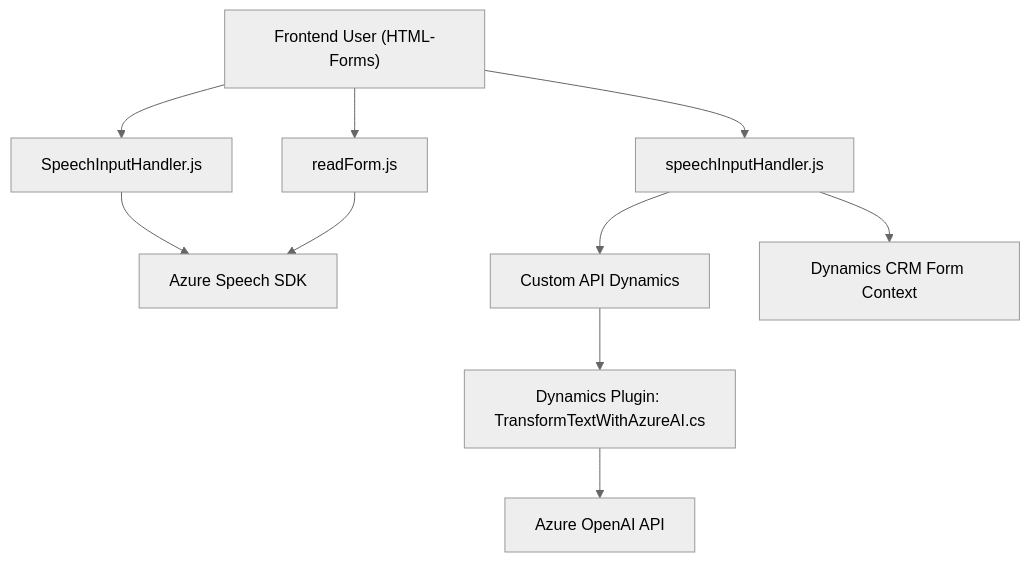
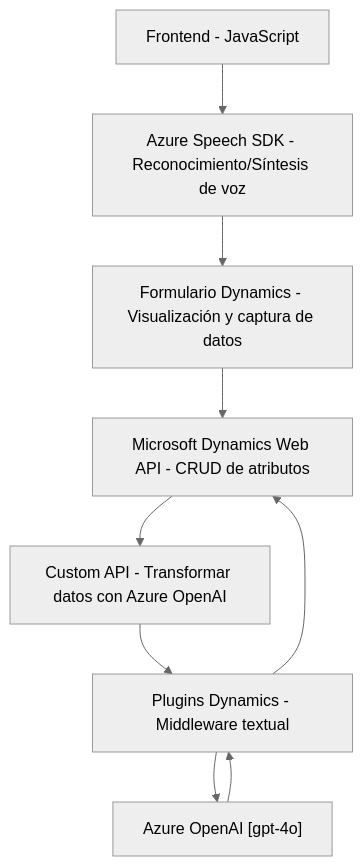
One commit to blopezdm/NETCORE_BILBAO2025 changed the diagram in README.md. Above: the diagram before and after it, drawn with Mermaid (neutral theme). The commit also changed other lines of this file, not shown here.

Commit message:
Actualizar análisis global de la solución con IA

````diff
--- a/README.md
+++ b/README.md
@@ -37,22 +47,11 @@
 ```mermaid
 graph TD
-    A["SpeechInputHandler.js"]
-    B["readForm.js"]
-    C["speechInputHandler.js"]
-    D["Dynamics Plugin: TransformTextWithAzureAI.cs"]
-    E["Azure Speech SDK"]
-    F["Azure OpenAI API"]
-    G["Custom API Dynamics"]
-    H["Frontend User (HTML-Forms)"]
-    I["Dynamics CRM Form Context"]
-
-    H --> A
-    H --> B
-    H --> C
-    C --> I
-    D --> F
-    A --> E
-    B --> E
-    C --> G
-    G --> D
+    A["Frontend - JavaScript"] --> B["Azure Speech SDK - Reconocimiento/Síntesis de voz"]
+    B --> C["Formulario Dynamics - Visualización y captura de datos"]
+    C --> D["Microsoft Dynamics Web API - CRUD de atributos"]
+    D --> E["Custom API - Transformar datos con Azure OpenAI"]
+    E --> F["Plugins Dynamics - Middleware textual"]
+    F --> G["Azure OpenAI [gpt-4o]"]
+    G --> F
+    F --> D
 ```
````
